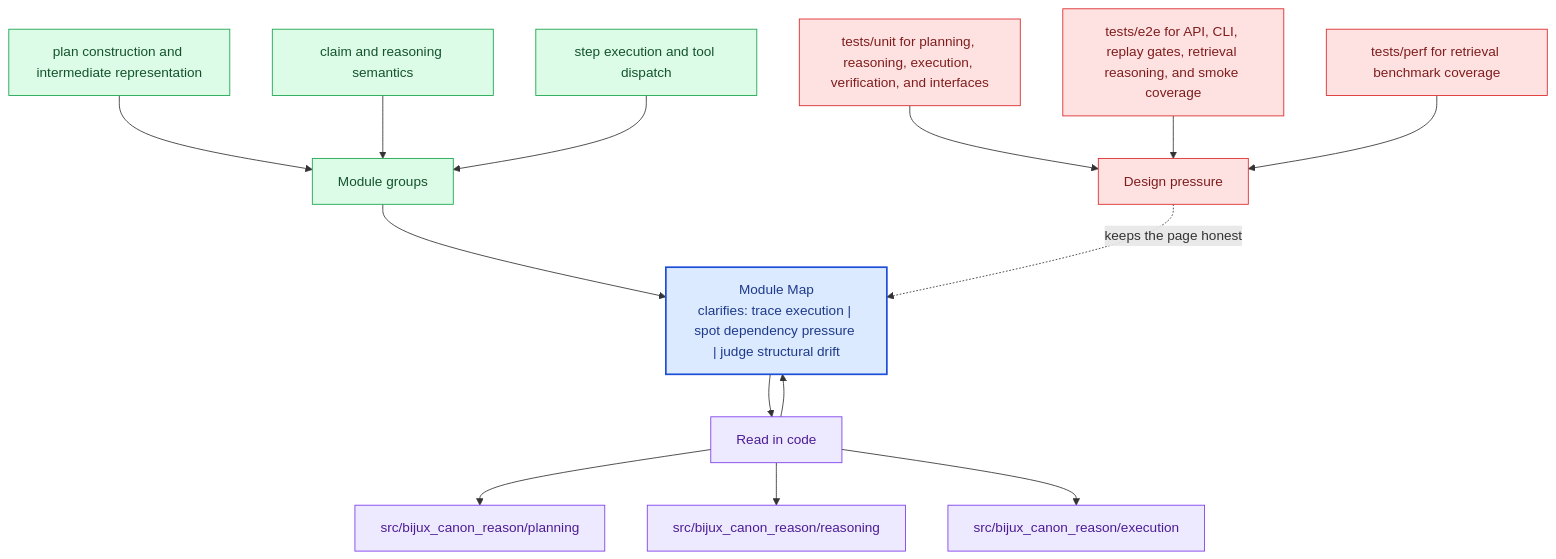
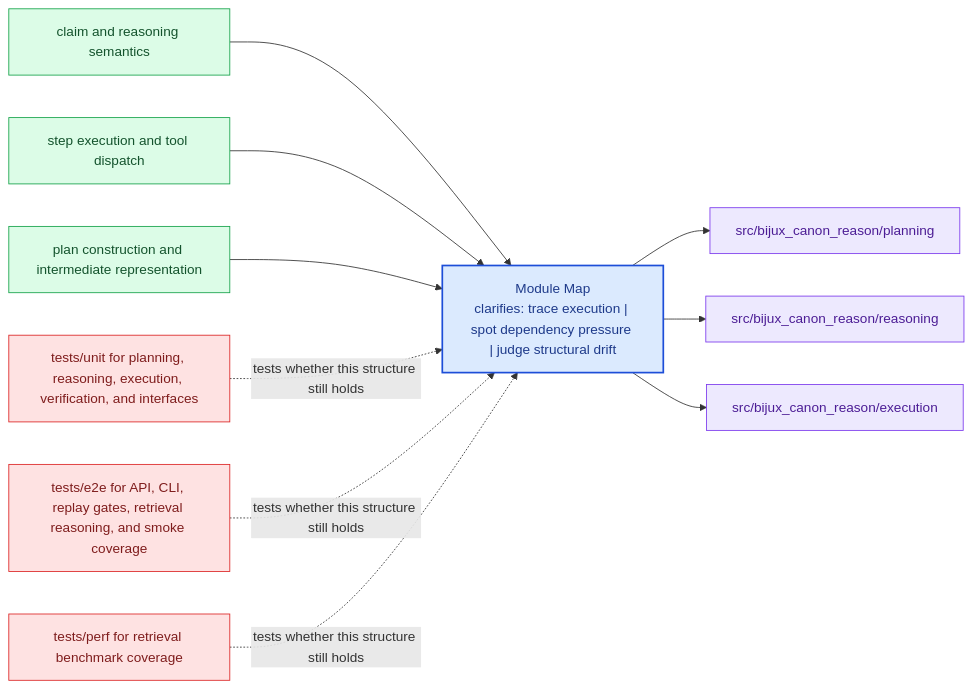
Before and after one commit to bijux/bijux-canon: the diagram in docs/bijux-canon-reason/architecture/module-map.md, drawn with Mermaid. The commit also changed other lines of this file and 281 other files, not shown here.

Commit message:
docs(diagrams): replace repeated mermaid scaffolds with page-specific summaries

````diff
--- a/docs/bijux-canon-reason/architecture/module-map.md
+++ b/docs/bijux-canon-reason/architecture/module-map.md
@@ -68,40 +23,31 @@
 ```mermaid
-flowchart TB
-    promise["Module Map<br/>clarifies: trace execution | spot dependency pressure | judge structural drift"]
-    classDef promise fill:#dbeafe,stroke:#1d4ed8,color:#1e3a8a,stroke-width:2px;
-    classDef driver fill:#dcfce7,stroke:#16a34a,color:#14532d;
-    classDef constraint fill:#fee2e2,stroke:#dc2626,color:#7f1d1d;
-    classDef ground fill:#ede9fe,stroke:#7c3aed,color:#4c1d95;
-    focus1["Module groups"]
-    focus1 --> promise
-    focus1_1["plan construction and intermediate representation"]
-    focus1_1 --> focus1
-    focus1_2["claim and reasoning semantics"]
-    focus1_2 --> focus1
-    focus1_3["step execution and tool dispatch"]
-    focus1_3 --> focus1
-    class focus1 driver;
-    class focus1_1,focus1_2,focus1_3 driver;
-    focus2["Read in code"]
-    focus2 --> promise
-    promise --> focus2
-    focus2_1["src/bijux_canon_reason/planning"]
-    focus2 --> focus2_1
-    focus2_2["src/bijux_canon_reason/reasoning"]
-    focus2 --> focus2_2
-    focus2_3["src/bijux_canon_reason/execution"]
-    focus2 --> focus2_3
-    class focus2 ground;
-    class focus2_1,focus2_2,focus2_3 ground;
-    focus3["Design pressure"]
-    focus3 -.keeps the page honest.-> promise
-    focus3_1["tests/unit for planning, reasoning, execution, verification, and interfaces"]
-    focus3_1 --> focus3
-    focus3_2["tests/e2e for API, CLI, replay gates, retrieval reasoning, and smoke coverage"]
-    focus3_2 --> focus3
-    focus3_3["tests/perf for retrieval benchmark coverage"]
-    focus3_3 --> focus3
-    class focus3 constraint;
-    class focus3_1,focus3_2,focus3_3 constraint;
-    class promise promise;
+flowchart LR
+    page["Module Map<br/>clarifies: trace execution | spot dependency pressure | judge structural drift"]
+    classDef page fill:#dbeafe,stroke:#1d4ed8,color:#1e3a8a,stroke-width:2px;
+    classDef positive fill:#dcfce7,stroke:#16a34a,color:#14532d;
+    classDef caution fill:#fee2e2,stroke:#dc2626,color:#7f1d1d;
+    classDef anchor fill:#ede9fe,stroke:#7c3aed,color:#4c1d95;
+    classDef action fill:#fef3c7,stroke:#d97706,color:#7c2d12;
+    module1["claim and reasoning semantics"]
+    module1 --> page
+    module2["step execution and tool dispatch"]
+    module2 --> page
+    module3["plan construction and intermediate representation"]
+    module3 --> page
+    code1["src/bijux_canon_reason/planning"]
+    page --> code1
+    code2["src/bijux_canon_reason/reasoning"]
+    page --> code2
+    code3["src/bijux_canon_reason/execution"]
+    page --> code3
+    pressure1["tests/unit for planning, reasoning, execution, verification, and interfaces"]
+    pressure1 -.tests whether this structure still holds.-> page
+    pressure2["tests/e2e for API, CLI, replay gates, retrieval reasoning, and smoke coverage"]
+    pressure2 -.tests whether this structure still holds.-> page
+    pressure3["tests/perf for retrieval benchmark coverage"]
+    pressure3 -.tests whether this structure still holds.-> page
+    class page page;
+    class module1,module2,module3 positive;
+    class code1,code2,code3 anchor;
+    class pressure1,pressure2,pressure3 caution;
 ```
````
